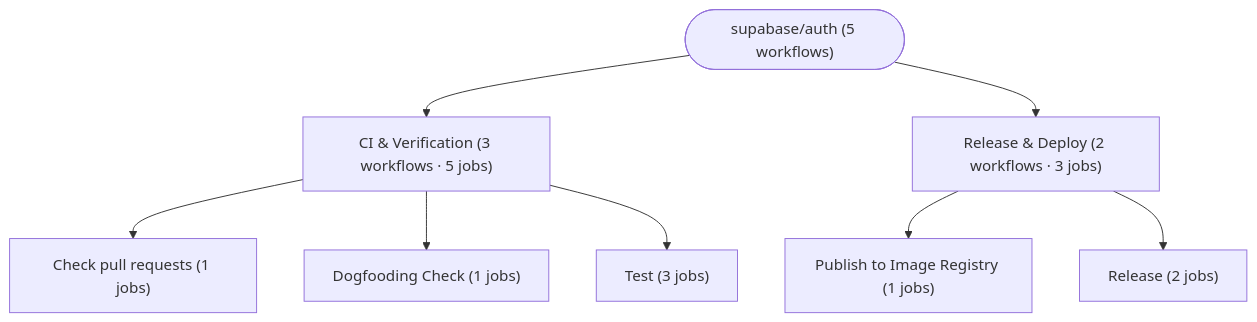
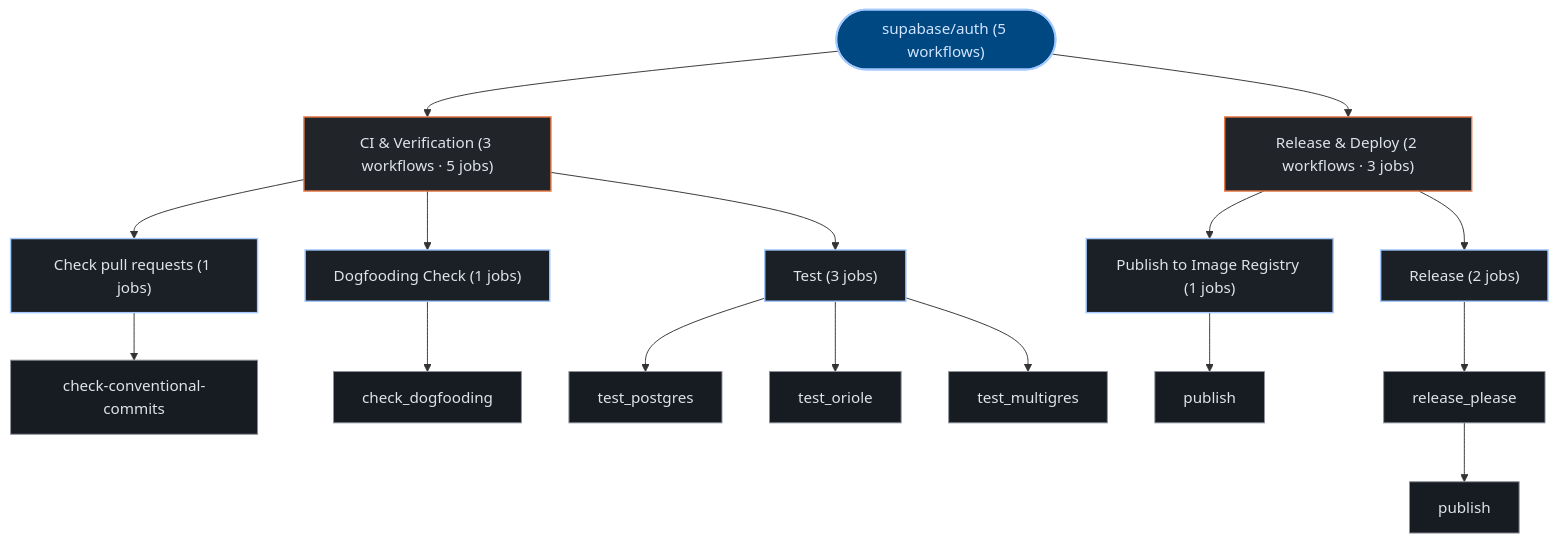
The third of 3 diagrams in exports/latest/reports/supabase-auth-report.md (kumarshaz/atruss-code-atlas), drawn with Mermaid before and after one commit. The commit also changed other lines of this file and 331 other files, not shown here.

Commit message:
docs,ui,fix: update SDLC docs, reorder CI/CD DAG first, stylize Mermaid, and fix Arc42 pipeline topology

````diff
--- a/exports/latest/reports/supabase-auth-report.md
+++ b/exports/latest/reports/supabase-auth-report.md
@@ -265,18 +276,41 @@
 ```mermaid
 graph TD;
-  pipeline_root(["supabase/auth (5 workflows)"])
-  grp_0_CI___Verification["CI & Verification (3 workflows · 5 jobs)"]
+  classDef atlasRoot fill:#004882,stroke:#a3c9ff,stroke-width:2px,color:#d3e4ff
+  classDef atlasCategory fill:#212428,stroke:#E87A48,stroke-width:1.5px,color:#dfe3eb
+  classDef atlasWorkflow fill:#1b2026,stroke:#a3c9ff,stroke-width:1.5px,color:#dfe3eb
+  classDef atlasJob fill:#171c22,stroke:#8d9199,stroke-width:1px,color:#dfe3eb
+  classDef atlasTarget fill:#005227,stroke:#8bd99b,stroke-width:1.5px,color:#a7f6b6
+  classDef atlasAlert fill:#93000a,stroke:#ffb4ab,stroke-width:1.5px,color:#ffdad6
+  classDef atlasMore fill:#252a31,stroke:#8d9199,stroke-dasharray:4 4,color:#c3c6cf
+  pipeline_root(["supabase/auth (5 workflows)"]):::atlasRoot
+  grp_0_CI___Verification["CI & Verification (3 workflows · 5 jobs)"]:::atlasCategory
   pipeline_root --> grp_0_CI___Verification
-  wf_0_Check_pull_requests["Check pull requests (1 jobs)"]
+  wf_0_Check_pull_requests["Check pull requests (1 jobs)"]:::atlasWorkflow
   grp_0_CI___Verification --> wf_0_Check_pull_requests
-  wf_1_Dogfooding_Check["Dogfooding Check (1 jobs)"]
+  job_0_check_conventional_commits["check-conventional-commits"]:::atlasJob
+  wf_0_Check_pull_requests --> job_0_check_conventional_commits
+  wf_1_Dogfooding_Check["Dogfooding Check (1 jobs)"]:::atlasWorkflow
   grp_0_CI___Verification --> wf_1_Dogfooding_Check
-  wf_4_Test["Test (3 jobs)"]
+  job_1_check_dogfooding["check_dogfooding"]:::atlasJob
+  wf_1_Dogfooding_Check --> job_1_check_dogfooding
+  wf_4_Test["Test (3 jobs)"]:::atlasWorkflow
   grp_0_CI___Verification --> wf_4_Test
-  grp_1_Release___Deploy["Release & Deploy (2 workflows · 3 jobs)"]
+  job_4_test_postgres["test_postgres"]:::atlasJob
+  job_4_test_oriole["test_oriole"]:::atlasJob
+  job_4_test_multigres["test_multigres"]:::atlasJob
+  wf_4_Test --> job_4_test_postgres
+  wf_4_Test --> job_4_test_oriole
+  wf_4_Test --> job_4_test_multigres
+  grp_1_Release___Deploy["Release & Deploy (2 workflows · 3 jobs)"]:::atlasCategory
   pipeline_root --> grp_1_Release___Deploy
-  wf_2_Publish_to_Image_Registry["Publish to Image Registry (1 jobs)"]
+  wf_2_Publish_to_Image_Registry["Publish to Image Registry (1 jobs)"]:::atlasWorkflow
   grp_1_Release___Deploy --> wf_2_Publish_to_Image_Registry
-  wf_3_Release["Release (2 jobs)"]
+  job_2_publish["publish"]:::atlasJob
+  wf_2_Publish_to_Image_Registry --> job_2_publish
+  wf_3_Release["Release (2 jobs)"]:::atlasWorkflow
   grp_1_Release___Deploy --> wf_3_Release
+  job_3_release_please["release_please"]:::atlasJob
+  job_3_publish["publish"]:::atlasJob
+  wf_3_Release --> job_3_release_please
+  job_3_release_please --> job_3_publish
 ```
````
